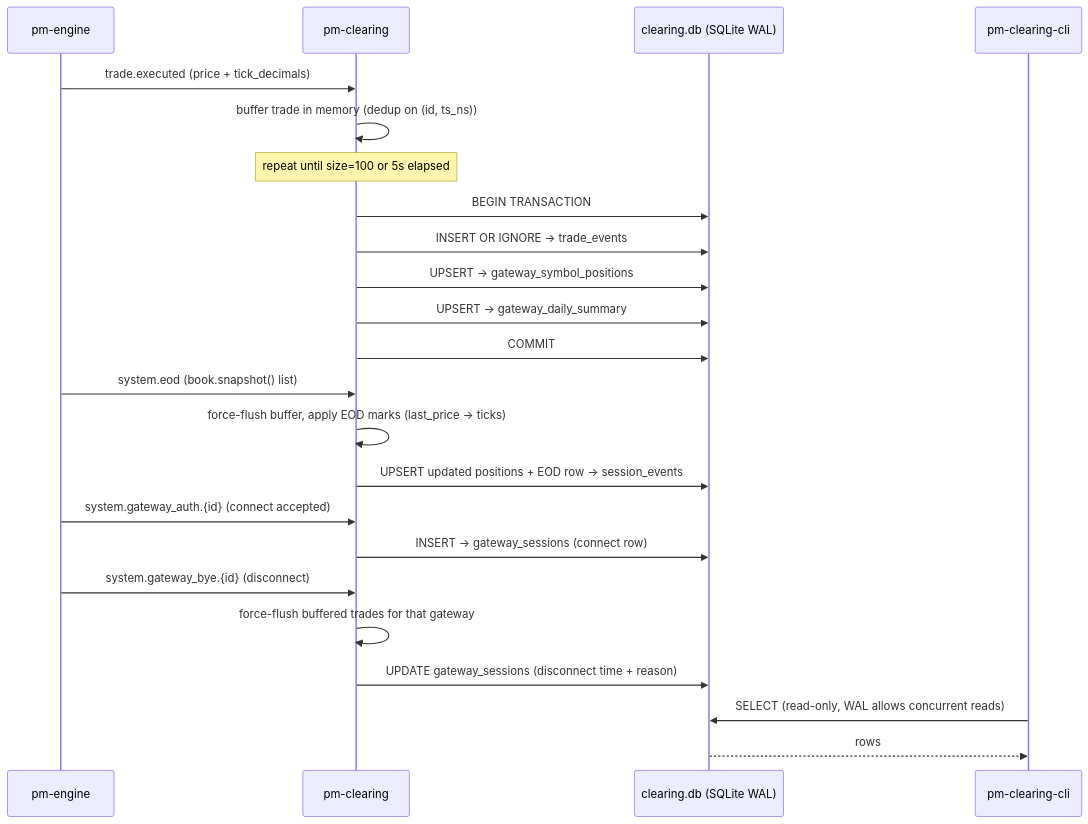
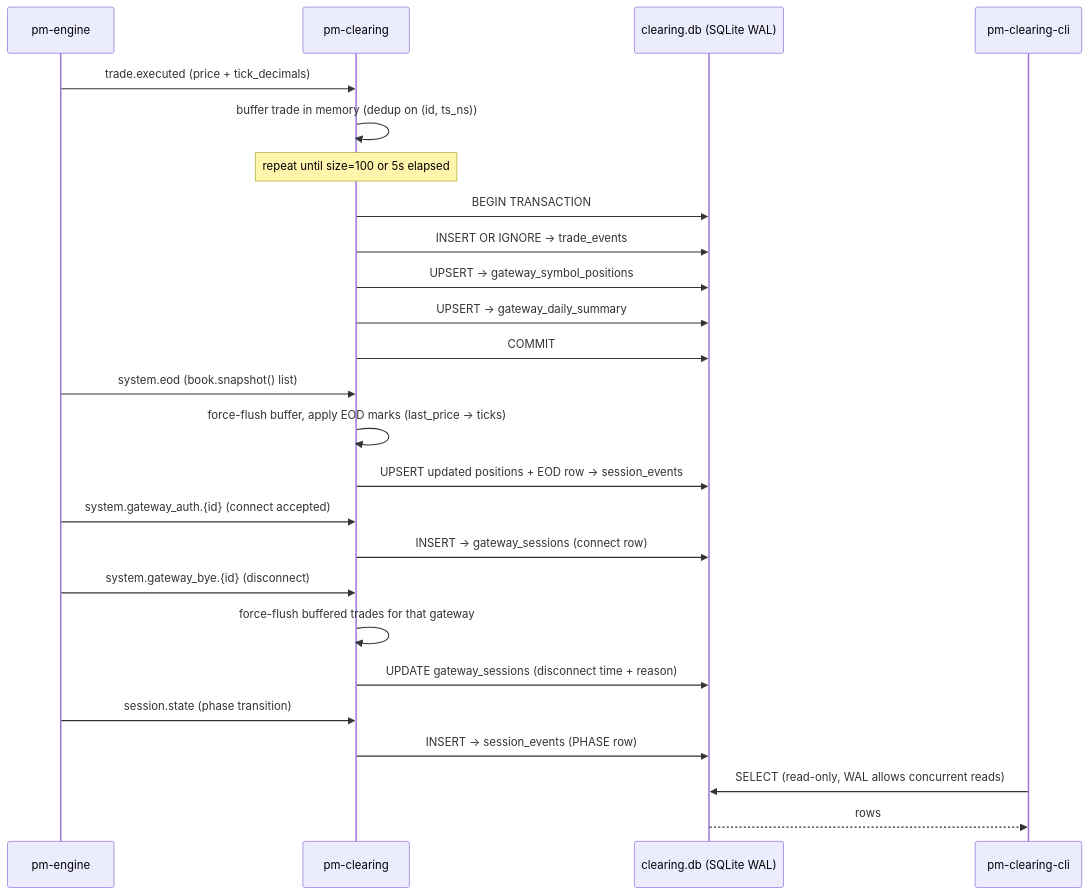
The first of 2 diagrams in docs/user-guide/130-pnl-clearing.md (johan162/EduMatcher), drawn with Mermaid before and after one commit. The commit also changed other lines of this file and 2 other files, not shown here.

````diff
--- a/docs/user-guide/130-pnl-clearing.md
+++ b/docs/user-guide/130-pnl-clearing.md
@@ -57,30 +57,33 @@
 ```mermaid
 sequenceDiagram
     participant E  as pm-engine
     participant C  as pm-clearing
     participant DB as clearing.db (SQLite WAL)
     participant Q  as pm-clearing-cli
 
     E->>C: trade.executed (price + tick_decimals)
     C->>C: buffer trade in memory (dedup on (id, ts_ns))
     note over C: repeat until size=100 or 5s elapsed
     C->>DB: BEGIN TRANSACTION
     C->>DB: INSERT OR IGNORE → trade_events
     C->>DB: UPSERT → gateway_symbol_positions
     C->>DB: UPSERT → gateway_daily_summary
     C->>DB: COMMIT
 
     E->>C: system.eod (book.snapshot() list)
     C->>C: force-flush buffer, apply EOD marks (last_price → ticks)
     C->>DB: UPSERT updated positions + EOD row → session_events
 
     E->>C: system.gateway_auth.{id} (connect accepted)
     C->>DB: INSERT → gateway_sessions (connect row)
 
     E->>C: system.gateway_bye.{id} (disconnect)
     C->>C: force-flush buffered trades for that gateway
     C->>DB: UPDATE gateway_sessions (disconnect time + reason)
 
+    E->>C: session.state (phase transition)
+    C->>DB: INSERT → session_events (PHASE row)
+
     Q->>DB: SELECT (read-only, WAL allows concurrent reads)
     DB-->>Q: rows
 ```
````
